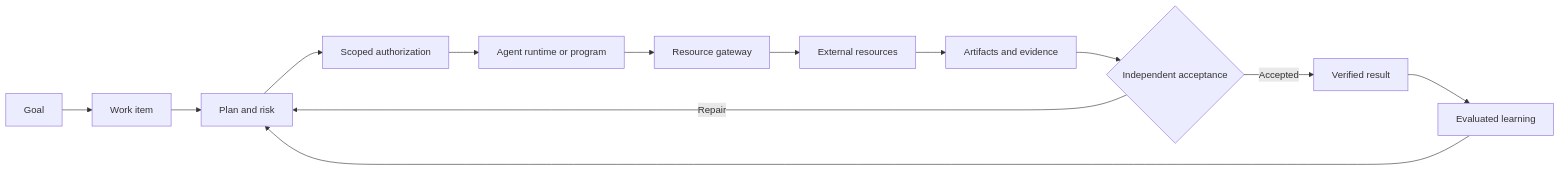
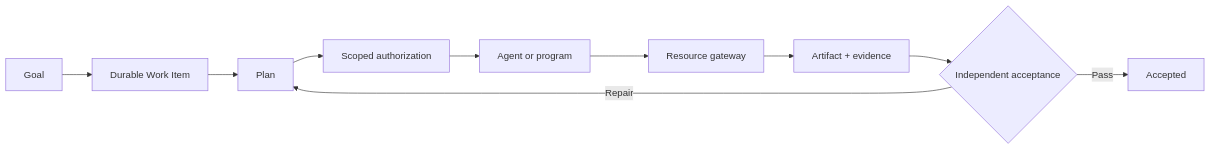
The diagram in README.md (lexiewenchuan/TaskSeal), drawn with Mermaid before and after one commit. The commit also changed other lines of this file and 6 other files, not shown here.

````diff
--- a/README.md
+++ b/README.md
@@ -76,15 +92,12 @@
 ```mermaid
 flowchart LR
-    A["Goal"] --> B["Work item"]
-    B --> C["Plan and risk"]
+    A["Goal"] --> B["Durable Work Item"]
+    B --> C["Plan"]
     C --> D["Scoped authorization"]
-    D --> E["Agent runtime or program"]
+    D --> E["Agent or program"]
     E --> F["Resource gateway"]
-    F --> G["External resources"]
-    G --> H["Artifacts and evidence"]
-    H --> I{"Independent acceptance"}
-    I -->|Repair| C
-    I -->|Accepted| J["Verified result"]
-    J --> K["Evaluated learning"]
-    K --> C
+    F --> G["Artifact + evidence"]
+    G --> H{"Independent acceptance"}
+    H -->|Repair| C
+    H -->|Pass| I["Accepted"]
 ```
````
